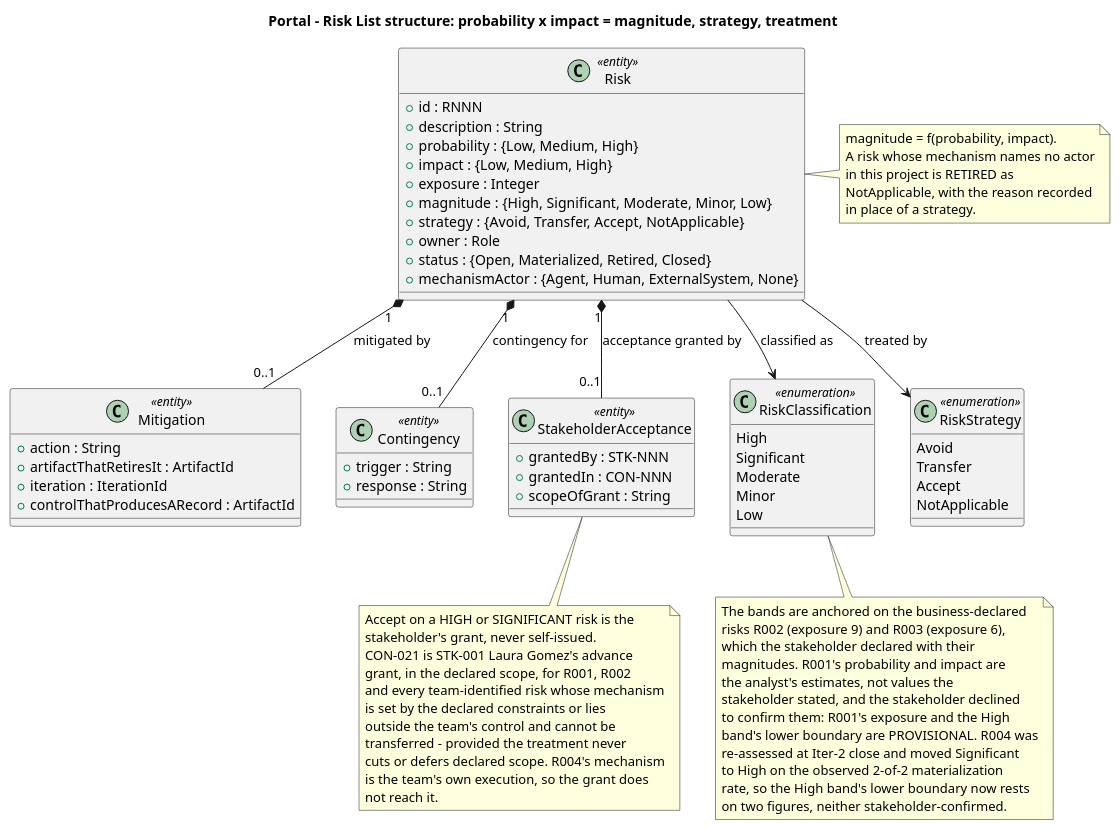
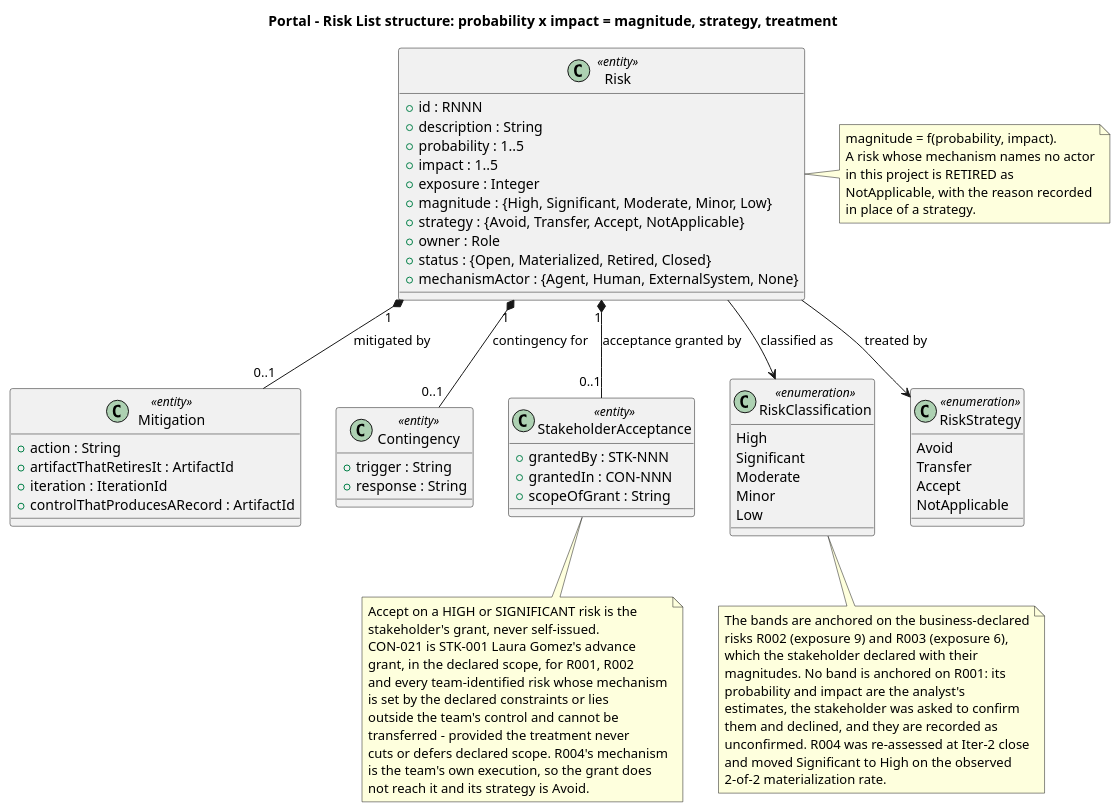
One commit to banense-test/portal changed the first of 4 diagrams in docs/artifacts/project-management/risk-list.md. Above: the diagram before and after it, drawn with PlantUML. The commit also changed other lines of this file, not shown here.

````diff
--- a/docs/artifacts/project-management/risk-list.md
+++ b/docs/artifacts/project-management/risk-list.md
@@ -28,8 +28,8 @@
 class "Risk" as RISK <<entity>> {
   + id : RNNN
   + description : String
-  + probability : {Low, Medium, High}
-  + impact : {Low, Medium, High}
+  + probability : 1..5
+  + impact : 1..5
   + exposure : Integer
   + magnitude : {High, Significant, Moderate, Minor, Low}
   + strategy : {Avoid, Transfer, Accept, NotApplicable}
@@ -89,15 +89,13 @@
   The bands are anchored on the business-declared
   risks R002 (exposure 9) and R003 (exposure 6),
   which the stakeholder declared with their
-  magnitudes. R001's probability and impact are
-  the analyst's estimates, not values the
-  stakeholder stated, and the stakeholder declined
-  to confirm them: R001's exposure and the High
-  band's lower boundary are PROVISIONAL. R004 was
-  re-assessed at Iter-2 close and moved Significant
-  to High on the observed 2-of-2 materialization
-  rate, so the High band's lower boundary now rests
-  on two figures, neither stakeholder-confirmed.
+  magnitudes. No band is anchored on R001: its
+  probability and impact are the analyst's
+  estimates, the stakeholder was asked to confirm
+  them and declined, and they are recorded as
+  unconfirmed. R004 was re-assessed at Iter-2 close
+  and moved Significant to High on the observed
+  2-of-2 materialization rate.
 end note
 
 note bottom of ACC
@@ -111,7 +109,7 @@
   transferred - provided the treatment never
   cuts or defers declared scope. R004's mechanism
   is the team's own execution, so the grant does
-  not reach it.
+  not reach it and its strategy is Avoid.
 end note
 @enduml
 ```
````
